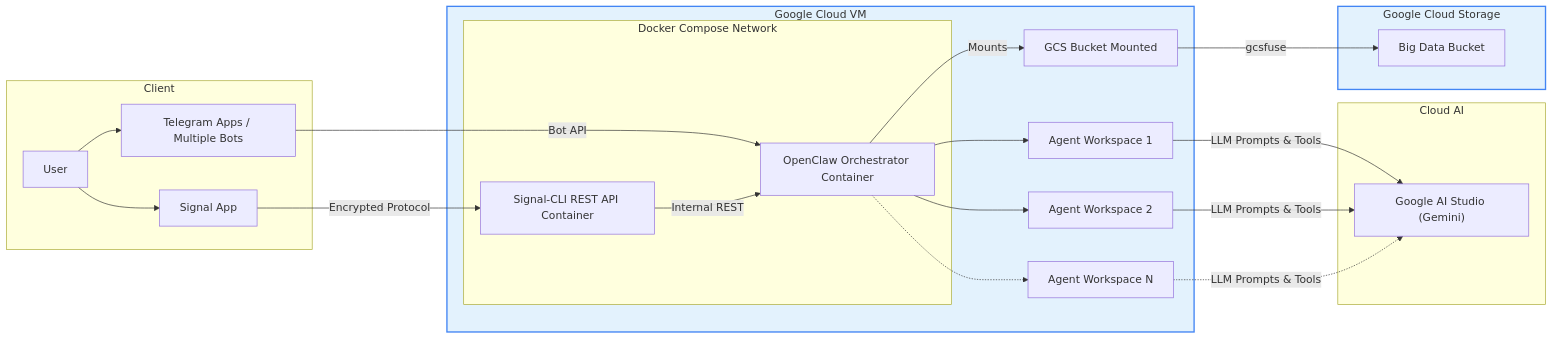
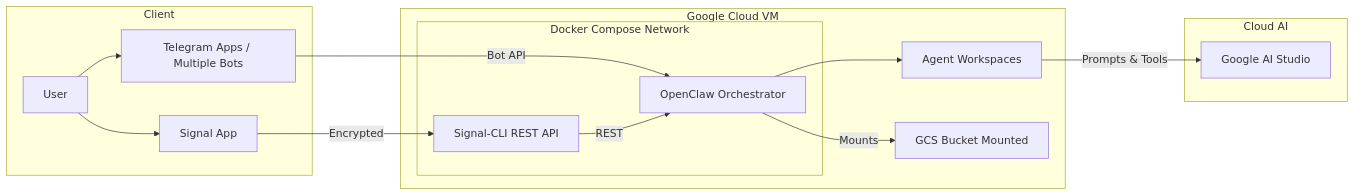
One commit to danielvogler/Openclaw-Messenger-Agent-Bridge changed the first of 2 diagrams in README.md. Above: the diagram before and after it, drawn with Mermaid. The commit also changed other lines of this file and 28 other files, not shown here.

````diff
--- a/README.md
+++ b/README.md
@@ -52,34 +54,23 @@
 ```mermaid
 graph LR
     subgraph Client
         U[User] --> S[Signal App]
         U --> T[Telegram Apps / Multiple Bots]
     end
 
     subgraph GCP_VM [Google Cloud VM]
         subgraph Docker_Network [Docker Compose Network]
-            SA[Signal-CLI REST API Container]
-            OC[OpenClaw Orchestrator Container]
+            SA[Signal-CLI REST API]
+            OC[OpenClaw Orchestrator]
         end
-        S -->|Encrypted Protocol| SA
+        S -->|Encrypted| SA
         T -->|Bot API| OC
-        SA -->|Internal REST| OC
-        OC --> A1[Agent Workspace 1]
-        OC --> A2[Agent Workspace 2]
-        OC -.-> AN[Agent Workspace N]
+        SA -->|REST| OC
+        OC --> A1[Agent Workspaces]
         OC -->|Mounts| GCS_FUSE[GCS Bucket Mounted]
     end
 
     subgraph Cloud_AI [Cloud AI]
-        A1 -->|LLM Prompts & Tools| VX["Google AI Studio (Gemini)"]
-        A2 -->|LLM Prompts & Tools| VX
-        AN -.->|LLM Prompts & Tools| VX
+        A1 -->|Prompts & Tools| VX["Google AI Studio"]
     end
-
-    subgraph Storage [Google Cloud Storage]
-        GCS_FUSE -->|gcsfuse| BUCKET[Big Data Bucket]
-    end
-
-    classDef gcp fill:#e3f2fd,stroke:#4285f4,stroke-width:2px;
-    class GCP_VM,Storage gcp;
 ```
````
